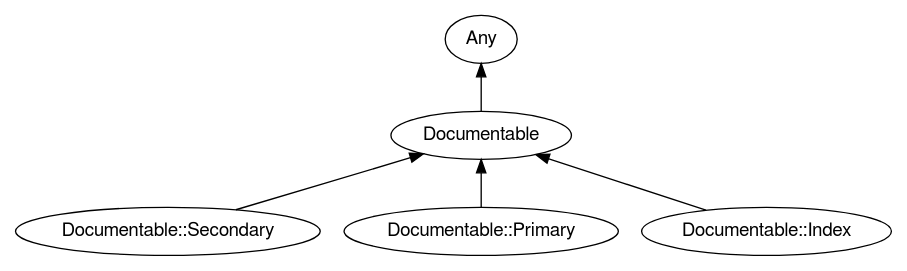
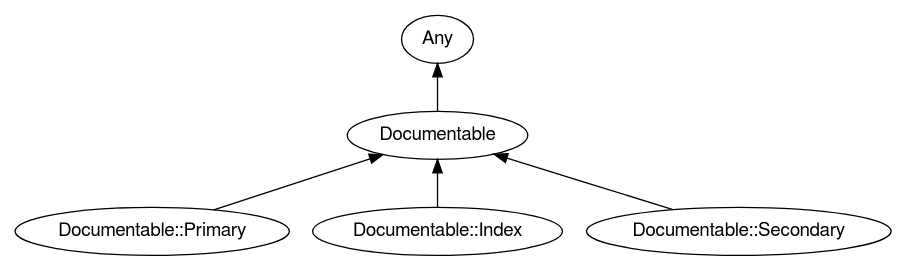
The diagram in images/type-graph-Documentable.svg.dot (softmoth/Documentable), drawn with Graphviz before and after one commit. The commit also changed other lines of this file and 11 other files, not shown here.

```diff
--- a/images/type-graph-Documentable.svg.dot
+++ b/images/type-graph-Documentable.svg.dot
@@ -1,19 +1,19 @@
 digraph "perl6-type-graph" {
     rankdir=BT;
     splines=polyline;
     overlap=false; 
     // Types
     "Documentable" [color="#000000", fontcolor="#000000", href="/type/Documentable", fontname="FreeSans"];
     "Any" [color="#000000", fontcolor="#000000", href="/type/Any", fontname="FreeSans"];
-    "Documentable::Secondary" [color="#000000", fontcolor="#000000", href="/type/Documentable::Secondary", fontname="FreeSans"];
     "Documentable::Primary" [color="#000000", fontcolor="#000000", href="/type/Documentable::Primary", fontname="FreeSans"];
     "Documentable::Index" [color="#000000", fontcolor="#000000", href="/type/Documentable::Index", fontname="FreeSans"];
+    "Documentable::Secondary" [color="#000000", fontcolor="#000000", href="/type/Documentable::Secondary", fontname="FreeSans"];
 
     // Superclasses
     "Documentable" -> "Any" [color="#000000"];
-    "Documentable::Secondary" -> "Documentable" [color="#000000"];
     "Documentable::Primary" -> "Documentable" [color="#000000"];
     "Documentable::Index" -> "Documentable" [color="#000000"];
+    "Documentable::Secondary" -> "Documentable" [color="#000000"];
 
     // Roles
 }
```
